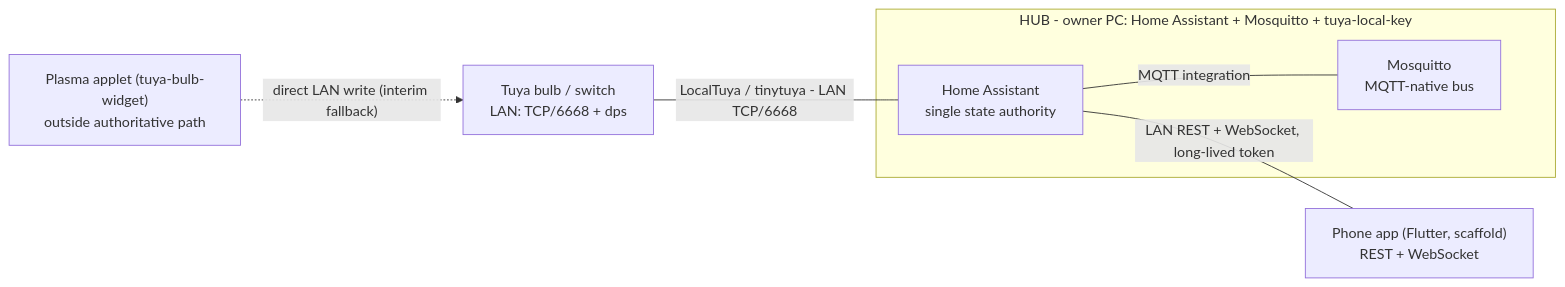
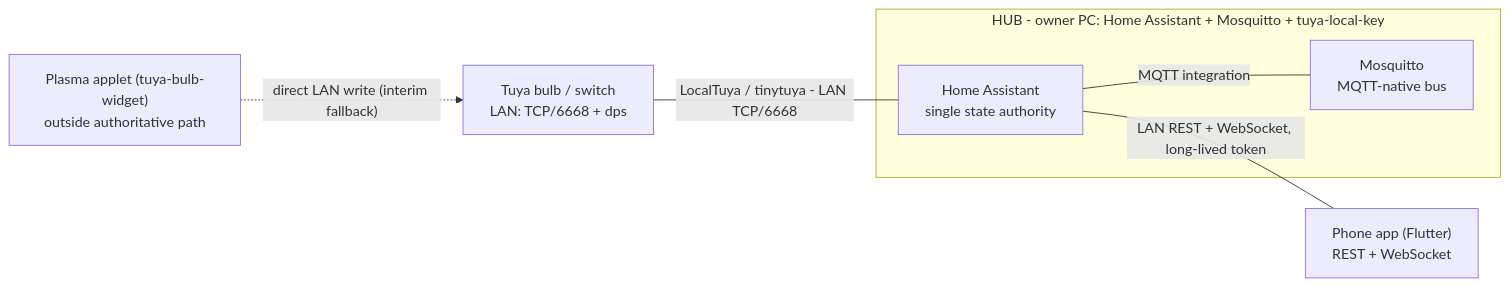
Before and after one commit to DaveR-ui/daver-home-system: the diagram in docs/context/project-overview.md, drawn with Mermaid. The commit also changed other lines of this file and 28 other files, not shown here.

````diff
--- a/docs/context/project-overview.md
+++ b/docs/context/project-overview.md
@@ -24,14 +24,14 @@
 ```mermaid
 flowchart LR
   DEV["Tuya bulb / switch<br/>LAN: TCP/6668 + dps"]
   subgraph HUB["HUB - owner PC: Home Assistant + Mosquitto + tuya-local-key"]
     HA["Home Assistant<br/>single state authority"]
     MQ["Mosquitto<br/>MQTT-native bus"]
   end
-  APP["Phone app (Flutter, scaffold)<br/>REST + WebSocket"]
+  APP["Phone app (Flutter)<br/>REST + WebSocket"]
   KDE["Plasma applet (tuya-bulb-widget)<br/>outside authoritative path"]
   DEV ---|"LocalTuya / tinytuya - LAN TCP/6668"| HA
   HA ---|"MQTT integration"| MQ
   HA ---|"LAN REST + WebSocket, long-lived token"| APP
   KDE -.->|"direct LAN write (interim fallback)"| DEV
 ```
````
